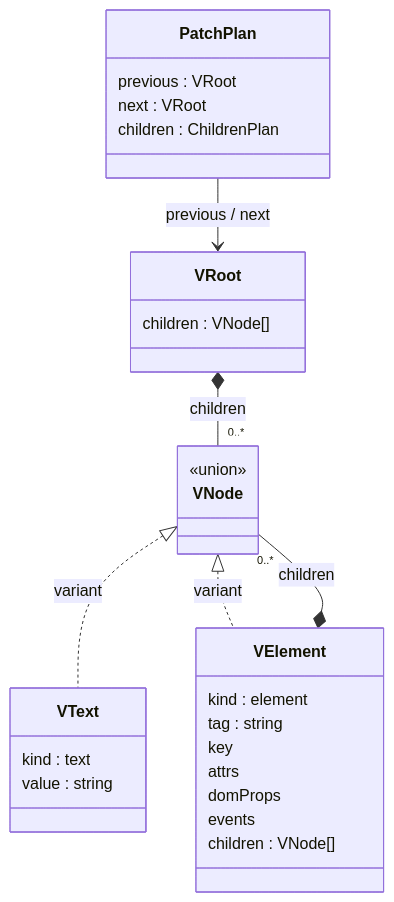
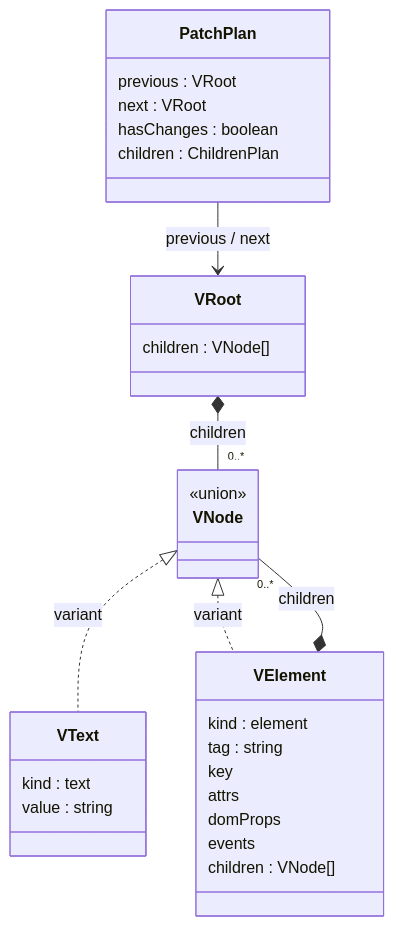
One commit to WEEK11-12/mini-react changed the diagram in docs/design/renderer.md. Above: the diagram before and after it, drawn with Mermaid. The commit also changed other lines of this file and 6 other files, not shown here.

````diff
--- a/docs/design/renderer.md
+++ b/docs/design/renderer.md
@@ -10,32 +10,33 @@
 ```mermaid
 classDiagram
   class VRoot {
     children : VNode[]
   }
   class VNode {
     <<union>>
   }
   class VText {
     kind : text
     value : string
   }
   class VElement {
     kind : element
     tag : string
     key
     attrs
     domProps
     events
     children : VNode[]
   }
   class PatchPlan {
     previous : VRoot
     next : VRoot
+    hasChanges : boolean
     children : ChildrenPlan
   }
   VRoot *-- "0..*" VNode : children
   VNode <|.. VText : variant
   VNode <|.. VElement : variant
   VElement *-- "0..*" VNode : children
   PatchPlan --> VRoot : previous / next
 ```
````
